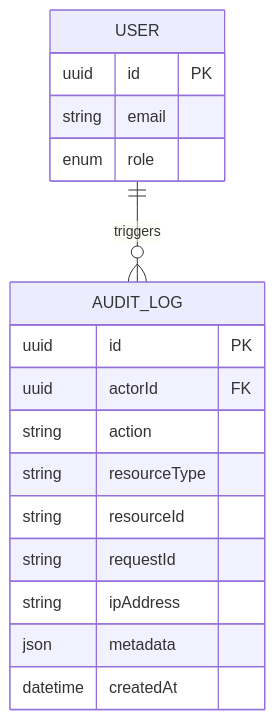
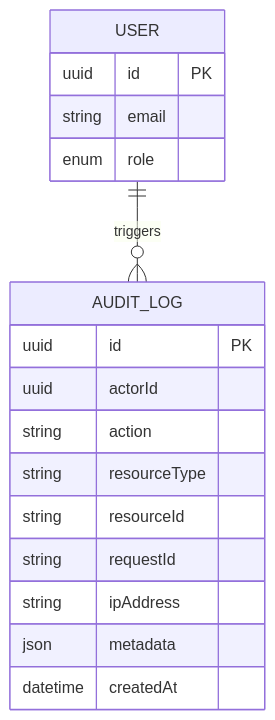
Before and after one commit to Dipen-t/telecomdoctor-be: the first of 4 diagrams in docs/07-observability-and-admin.md, drawn with Mermaid. The commit also changed 4 other files, not shown here.

Commit message:
fix: remove unsupported FK/UK from Mermaid ERD diagrams

````diff
--- a/docs/07-observability-and-admin.md
+++ b/docs/07-observability-and-admin.md
@@ -7,21 +7,21 @@
 ```mermaid
 erDiagram
     USER {
         uuid id PK
         string email
         enum role
     }
     AUDIT_LOG {
         uuid id PK
-        uuid actorId FK
+        uuid actorId
         string action
         string resourceType
         string resourceId
         string requestId
         string ipAddress
         json metadata
         datetime createdAt
     }
 
     USER ||--o{ AUDIT_LOG : triggers
 ```
````
